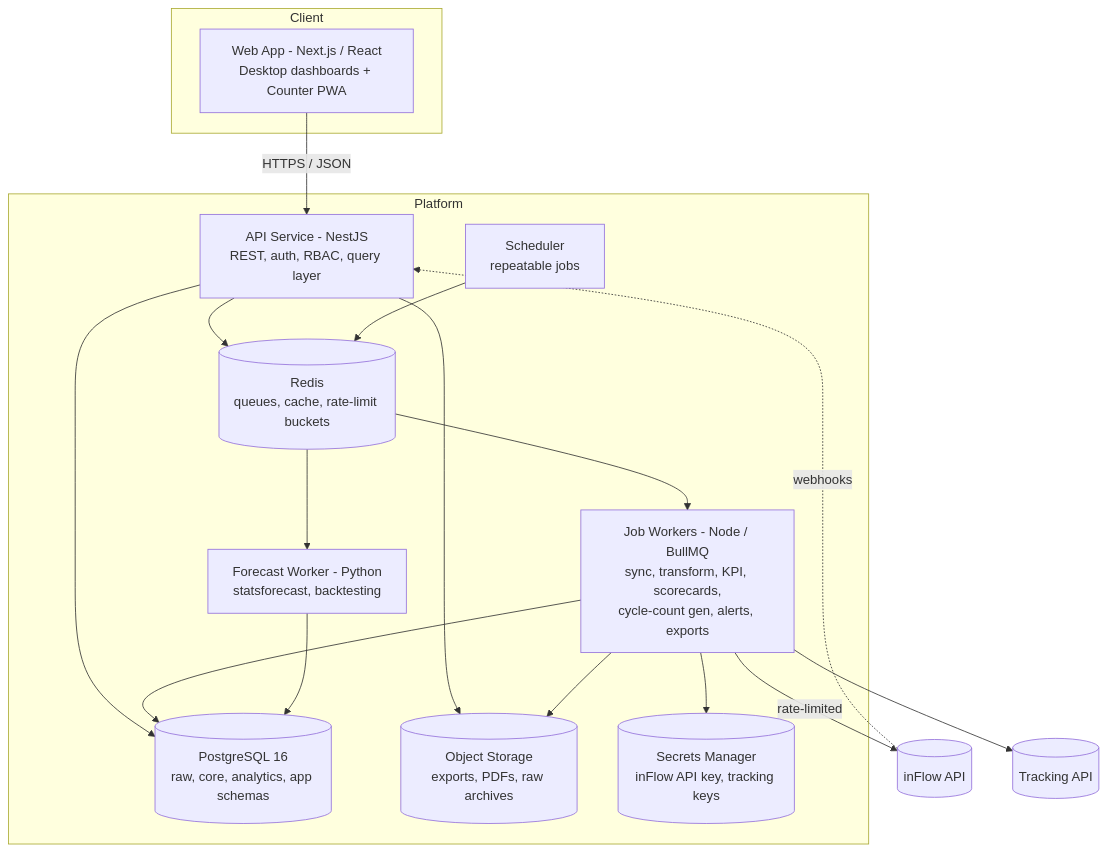
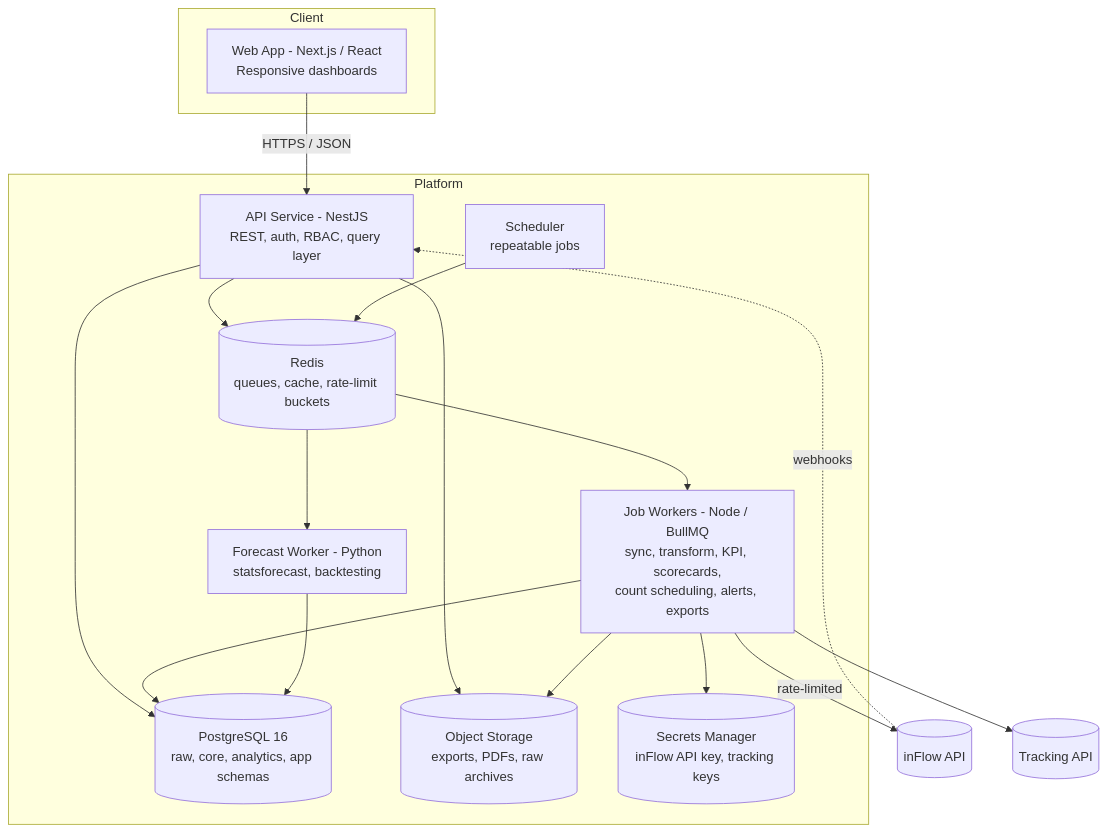
One commit to mdonaldson-prog/Dashboard changed the second of 12 diagrams in docs/SYSTEM_DESIGN.md. Above: the diagram before and after it, drawn with Mermaid. The commit also changed other lines of this file, not shown here.

First line of the commit message:
Narrow cycle counts to velocity-based scheduling only

````diff
--- a/docs/SYSTEM_DESIGN.md
+++ b/docs/SYSTEM_DESIGN.md
@@ -117,32 +119,32 @@
 ```mermaid
 flowchart TB
     subgraph Client
-        WEB[Web App - Next.js / React<br/>Desktop dashboards + Counter PWA]
+        WEB[Web App - Next.js / React<br/>Responsive dashboards]
     end
 
     subgraph Platform
         API[API Service - NestJS<br/>REST, auth, RBAC, query layer]
-        WRK[Job Workers - Node / BullMQ<br/>sync, transform, KPI, scorecards,<br/>cycle-count gen, alerts, exports]
+        WRK[Job Workers - Node / BullMQ<br/>sync, transform, KPI, scorecards,<br/>count scheduling, alerts, exports]
         FC[Forecast Worker - Python<br/>statsforecast, backtesting]
         SCH[Scheduler<br/>repeatable jobs]
         Q[(Redis<br/>queues, cache, rate-limit buckets)]
         DB[(PostgreSQL 16<br/>raw, core, analytics, app schemas)]
         OBJ[(Object Storage<br/>exports, PDFs, raw archives)]
         SEC[(Secrets Manager<br/>inFlow API key, tracking keys)]
     end
 
     WEB -->|HTTPS / JSON| API
     API --> DB
     API --> Q
     API --> OBJ
     SCH --> Q
     Q --> WRK
     Q --> FC
     WRK --> DB
     FC --> DB
     WRK --> OBJ
     WRK -->|rate-limited| INF[(inFlow API)]
     WRK --> TRK[(Tracking API)]
     WRK --> SEC
     INF -. webhooks .-> API
 ```
````
